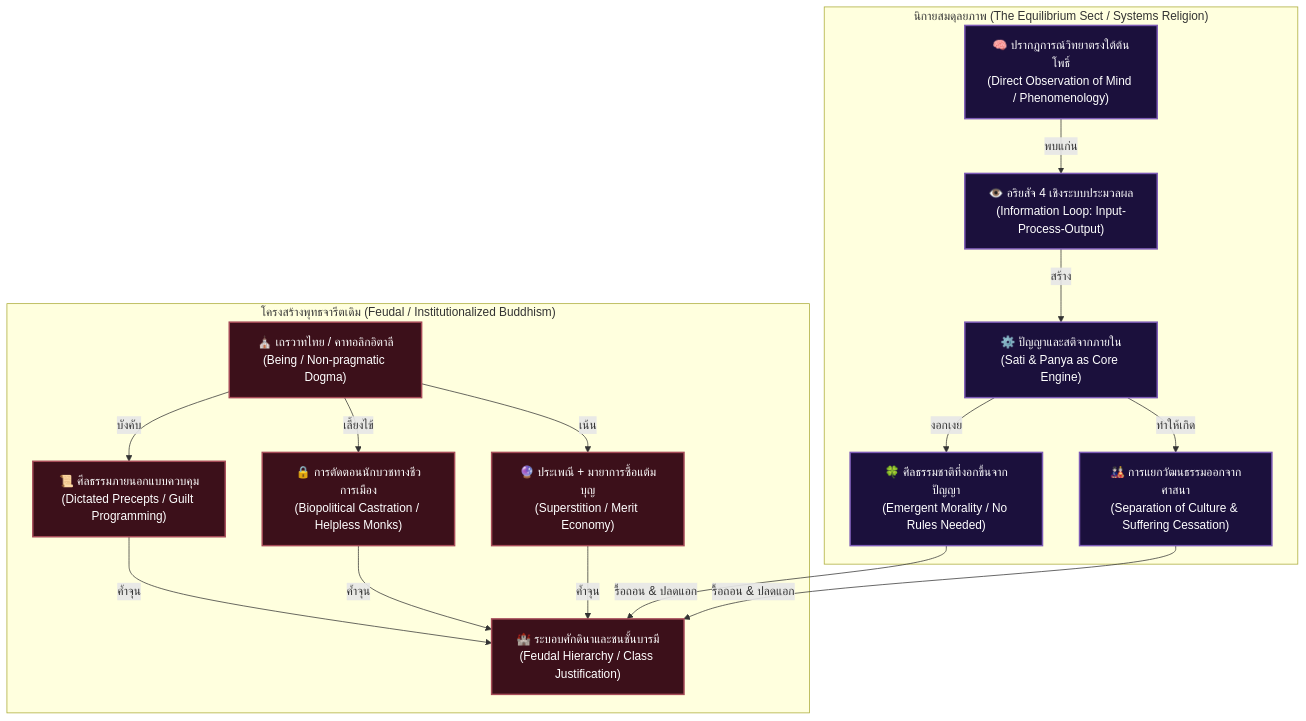
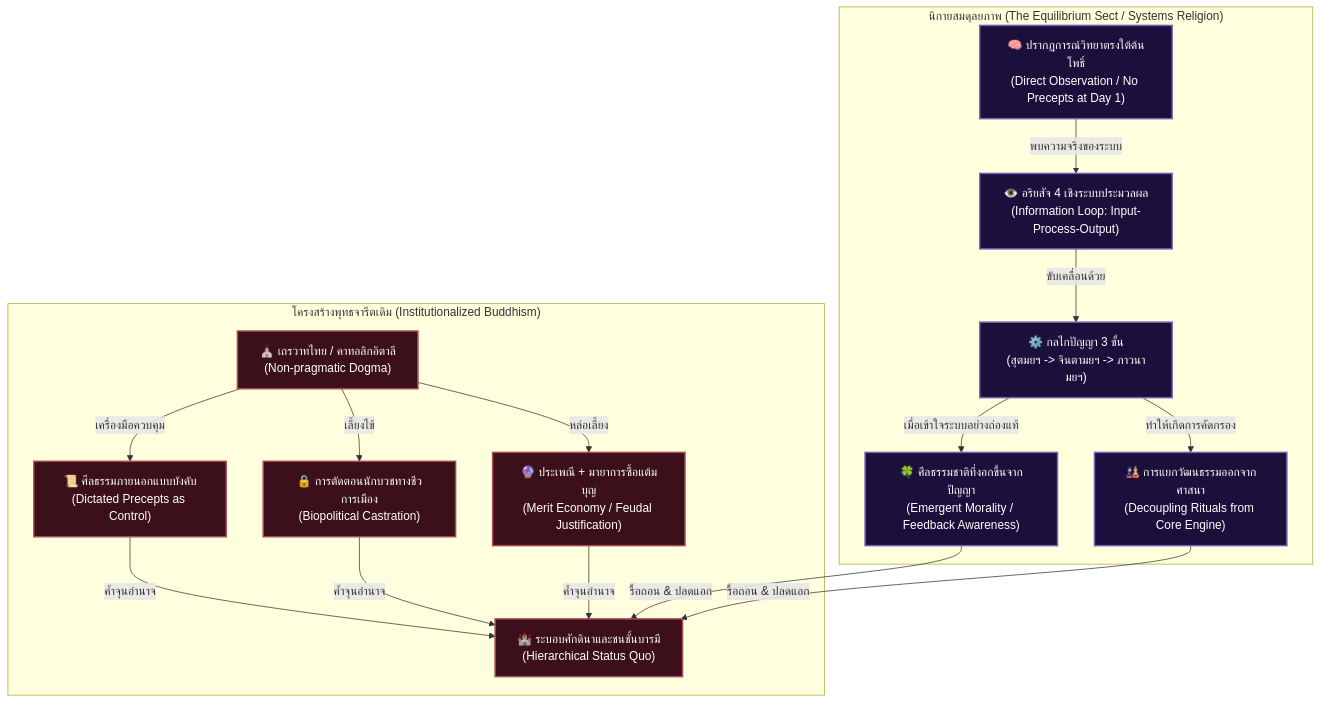
One commit to ellipszist/unityequilibriumtheory changed the diagram in uet_history/3_publish/books/05_reformation_of_the_mind/book_blueprint.md. Above: the diagram before and after it, drawn with Mermaid. The commit also changed other lines of this file and 1 other file, not shown here.

````diff
--- a/uet_history/3_publish/books/05_reformation_of_the_mind/book_blueprint.md
+++ b/uet_history/3_publish/books/05_reformation_of_the_mind/book_blueprint.md
@@ -10,40 +11,40 @@
 ```mermaid
 graph TD
     %% Dogmatic Feudal Path (State-backed Religion)
-    subgraph FeudalSystem ["โครงสร้างพุทธจารีตเดิม (Feudal / Institutionalized Buddhism)"]
-        Dogma["⛪ เถรวาทไทย / คาทอลิกอิตาลี<br/>(Being / Non-pragmatic Dogma)"]
-        Castration["🔒 การตัดตอนนักบวชทางชีวการเมือง<br/>(Biopolitical Castration / Helpless Monks)"]
-        ExternalSila["📜 ศีลธรรมภายนอกแบบควบคุม<br/>(Dictated Precepts / Guilt Programming)"]
-        Rituals["🔮 ประเพณี + มายาการซื้อแต้มบุญ<br/>(Superstition / Merit Economy)"]
-        Feudalism["🏰 ระบอบศักดินาและชนชั้นบารมี<br/>(Feudal Hierarchy / Class Justification)"]
+    subgraph FeudalSystem ["โครงสร้างพุทธจารีตเดิม (Institutionalized Buddhism)"]
+        Dogma["⛪ เถรวาทไทย / คาทอลิกอิตาลี<br/>(Non-pragmatic Dogma)"]
+        Castration["🔒 การตัดตอนนักบวชทางชีวการเมือง<br/>(Biopolitical Castration)"]
+        ExternalSila["📜 ศีลธรรมภายนอกแบบบังคับ<br/>(Dictated Precepts as Control)"]
+        Rituals["🔮 ประเพณี + มายาการซื้อแต้มบุญ<br/>(Merit Economy / Feudal Justification)"]
+        Feudalism["🏰 ระบอบศักดินาและชนชั้นบารมี<br/>(Hierarchical Status Quo)"]
     end
 
     %% Reformed Path: The Equilibrium Sect
     subgraph EquilibriumSect ["นิกายสมดุลยภาพ (The Equilibrium Sect / Systems Religion)"]
-        Phenomenology["🧠 ปรากฏการณ์วิทยาตรงใต้ต้นโพธิ์<br/>(Direct Observation of Mind / Phenomenology)"]
+        Phenomenology["🧠 ปรากฏการณ์วิทยาตรงใต้ต้นโพธิ์<br/>(Direct Observation / No Precepts at Day 1)"]
         FourNobleTruths["👁️ อริยสัจ 4 เชิงระบบประมวลผล<br/>(Information Loop: Input-Process-Output)"]
-        PanyaSati["⚙️ ปัญญาและสติจากภายใน<br/>(Sati & Panya as Core Engine)"]
-        EmergentSila["🍀 ศีลธรรมชาติที่งอกขึ้นจากปัญญา<br/>(Emergent Morality / No Rules Needed)"]
-        CultureSeparation["🎎 การแยกวัฒนธรรมออกจากศาสนา<br/>(Separation of Culture & Suffering Cessation)"]
+        ThreeWisdoms["⚙️ กลไกปัญญา 3 ขั้น<br/>(สุตมยฯ -> จินตามยฯ -> ภาวนามยฯ)"]
+        EmergentSila["🍀 ศีลธรรมชาติที่งอกขึ้นจากปัญญา<br/>(Emergent Morality / Feedback Awareness)"]
+        CultureSeparation["🎎 การแยกวัฒนธรรมออกจากศาสนา<br/>(Decoupling Rituals from Core Engine)"]
     end
 
     %% Connections
-    Dogma -->|บังคับ| ExternalSila
+    Dogma -->|เครื่องมือควบคุม| ExternalSila
     Dogma -->|เลี้ยงไข้| Castration
-    Dogma -->|เน้น| Rituals
-    ExternalSila & Castration & Rituals -->|ค้ำจุน| Feudalism
+    Dogma -->|หล่อเลี้ยง| Rituals
+    ExternalSila & Castration & Rituals -->|ค้ำจุนอำนาจ| Feudalism
 
-    Phenomenology -->|พบแก่น| FourNobleTruths
-    FourNobleTruths -->|สร้าง| PanyaSati
-    PanyaSati -->|งอกเงย| EmergentSila
-    PanyaSati -->|ทำให้เกิด| CultureSeparation
+    Phenomenology -->|พบความจริงของระบบ| FourNobleTruths
+    FourNobleTruths -->|ขับเคลื่อนด้วย| ThreeWisdoms
+    ThreeWisdoms -->|เมื่อเข้าใจระบบอย่างถ่องแท้| EmergentSila
+    ThreeWisdoms -->|ทำให้เกิดการคัดกรอง| CultureSeparation
     
     EmergentSila & CultureSeparation -->|รื้อถอน & ปลดแอก| Feudalism
 
     %% Styles
     classDef feudal fill:#3c101a,stroke:#a64b58,stroke-width:2px,color:#fff;
     classDef reform fill:#1b103c,stroke:#7d5bb6,stroke-width:2px,color:#fff;
     
     class Dogma,Castration,ExternalSila,Rituals,Feudalism feudal;
-    class Phenomenology,FourNobleTruths,PanyaSati,EmergentSila,CultureSeparation reform;
+    class Phenomenology,FourNobleTruths,ThreeWisdoms,EmergentSila,CultureSeparation reform;
 ```
````
